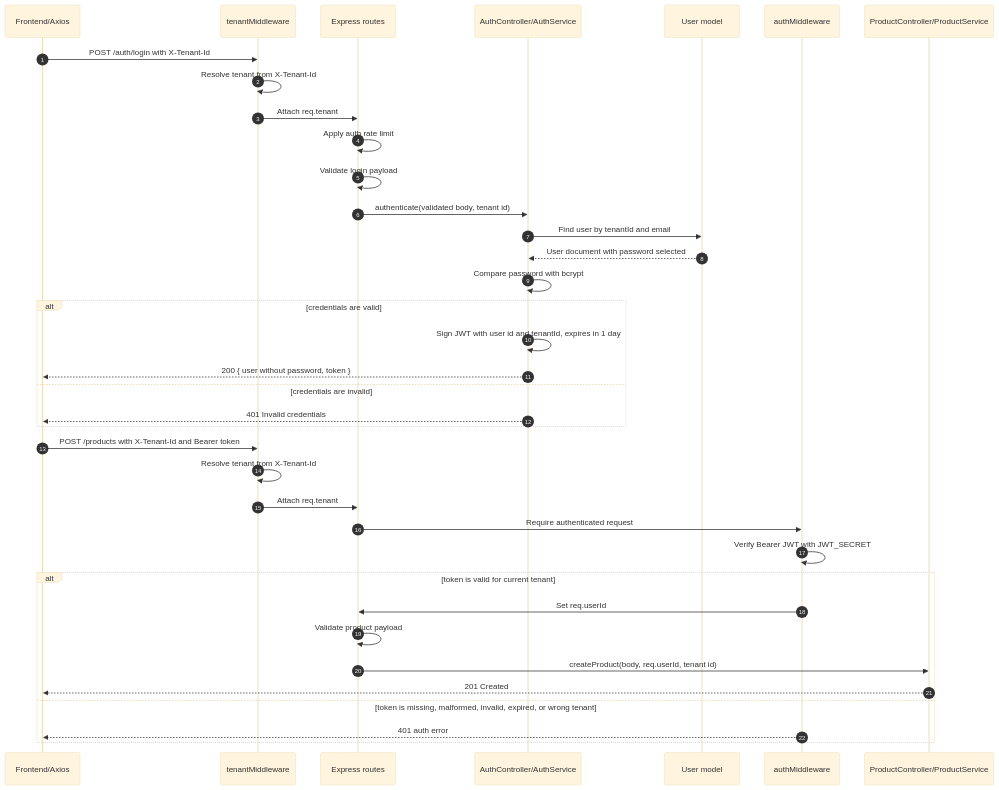
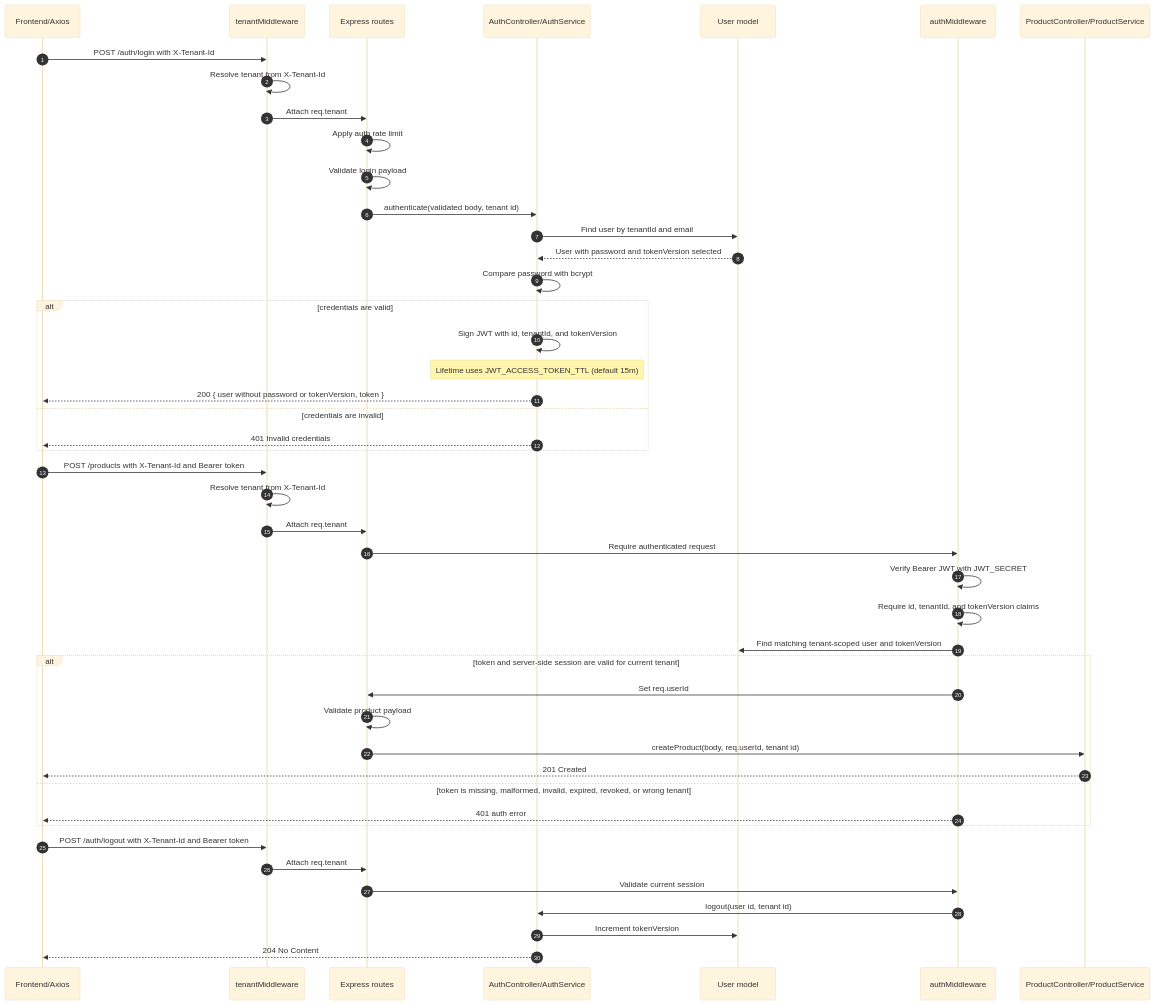
The third of 3 diagrams in docs/authentication-flow.md (viniciuspizettadesouza/ufsc-dso2-trabalho1-mercadozetta), drawn with Mermaid (base theme) before and after one commit. The commit also changed other lines of this file and 23 other files, not shown here.

Commit message:
feat: harden tenant-aware authentication flow (#64)

````diff
--- a/docs/authentication-flow.md
+++ b/docs/authentication-flow.md
@@ -79,43 +84,53 @@
 ```mermaid
 sequenceDiagram
     autonumber
     participant Client as Frontend/Axios
     participant Tenant as tenantMiddleware
     participant Routes as Express routes
     participant Auth as AuthController/AuthService
     participant UserModel as User model
     participant AuthMw as authMiddleware
     participant Product as ProductController/ProductService
 
     Client->>Tenant: POST /auth/login with X-Tenant-Id
     Tenant->>Tenant: Resolve tenant from X-Tenant-Id
     Tenant->>Routes: Attach req.tenant
     Routes->>Routes: Apply auth rate limit
     Routes->>Routes: Validate login payload
     Routes->>Auth: authenticate(validated body, tenant id)
     Auth->>UserModel: Find user by tenantId and email
-    UserModel-->>Auth: User document with password selected
+    UserModel-->>Auth: User with password and tokenVersion selected
     Auth->>Auth: Compare password with bcrypt
 
     alt credentials are valid
-        Auth->>Auth: Sign JWT with user id and tenantId, expires in 1 day
-        Auth-->>Client: 200 { user without password, token }
+        Auth->>Auth: Sign JWT with id, tenantId, and tokenVersion
+        Note over Auth: Lifetime uses JWT_ACCESS_TOKEN_TTL (default 15m)
+        Auth-->>Client: 200 { user without password or tokenVersion, token }
     else credentials are invalid
         Auth-->>Client: 401 Invalid credentials
     end
 
     Client->>Tenant: POST /products with X-Tenant-Id and Bearer token
     Tenant->>Tenant: Resolve tenant from X-Tenant-Id
     Tenant->>Routes: Attach req.tenant
     Routes->>AuthMw: Require authenticated request
     AuthMw->>AuthMw: Verify Bearer JWT with JWT_SECRET
+    AuthMw->>AuthMw: Require id, tenantId, and tokenVersion claims
+    AuthMw->>UserModel: Find matching tenant-scoped user and tokenVersion
 
-    alt token is valid for current tenant
+    alt token and server-side session are valid for current tenant
         AuthMw->>Routes: Set req.userId
         Routes->>Routes: Validate product payload
         Routes->>Product: createProduct(body, req.userId, tenant id)
         Product-->>Client: 201 Created
-    else token is missing, malformed, invalid, expired, or wrong tenant
+    else token is missing, malformed, invalid, expired, revoked, or wrong tenant
         AuthMw-->>Client: 401 auth error
     end
+
+    Client->>Tenant: POST /auth/logout with X-Tenant-Id and Bearer token
+    Tenant->>Routes: Attach req.tenant
+    Routes->>AuthMw: Validate current session
+    AuthMw->>Auth: logout(user id, tenant id)
+    Auth->>UserModel: Increment tokenVersion
+    Auth-->>Client: 204 No Content
 ```
````
